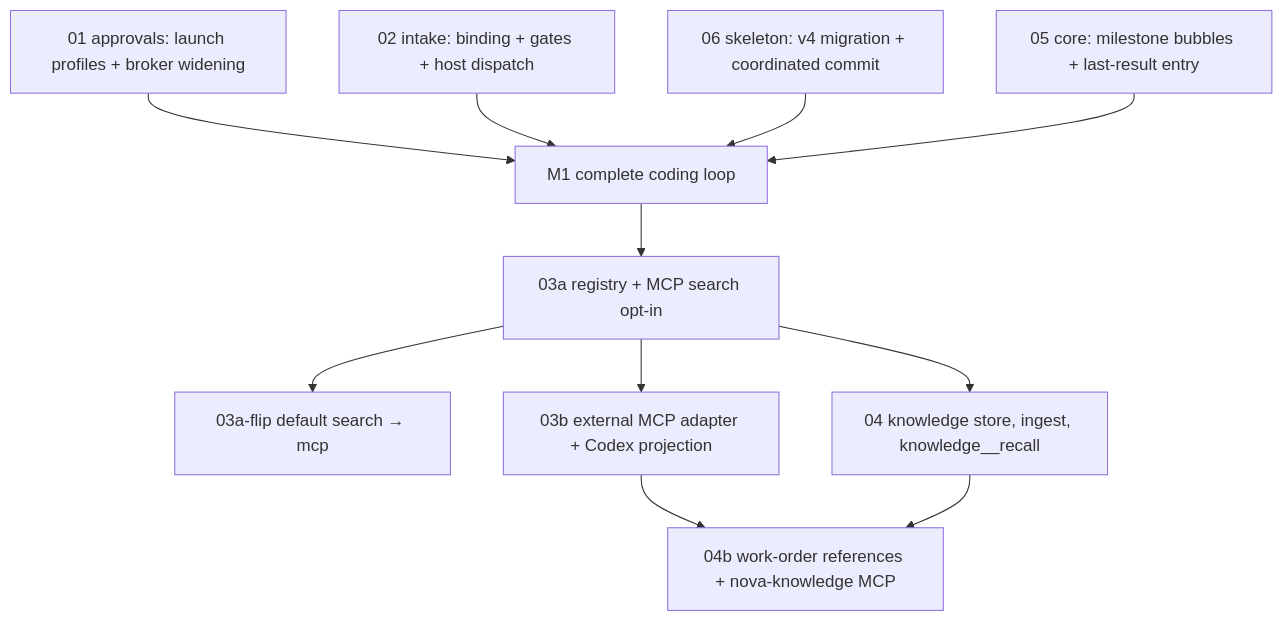
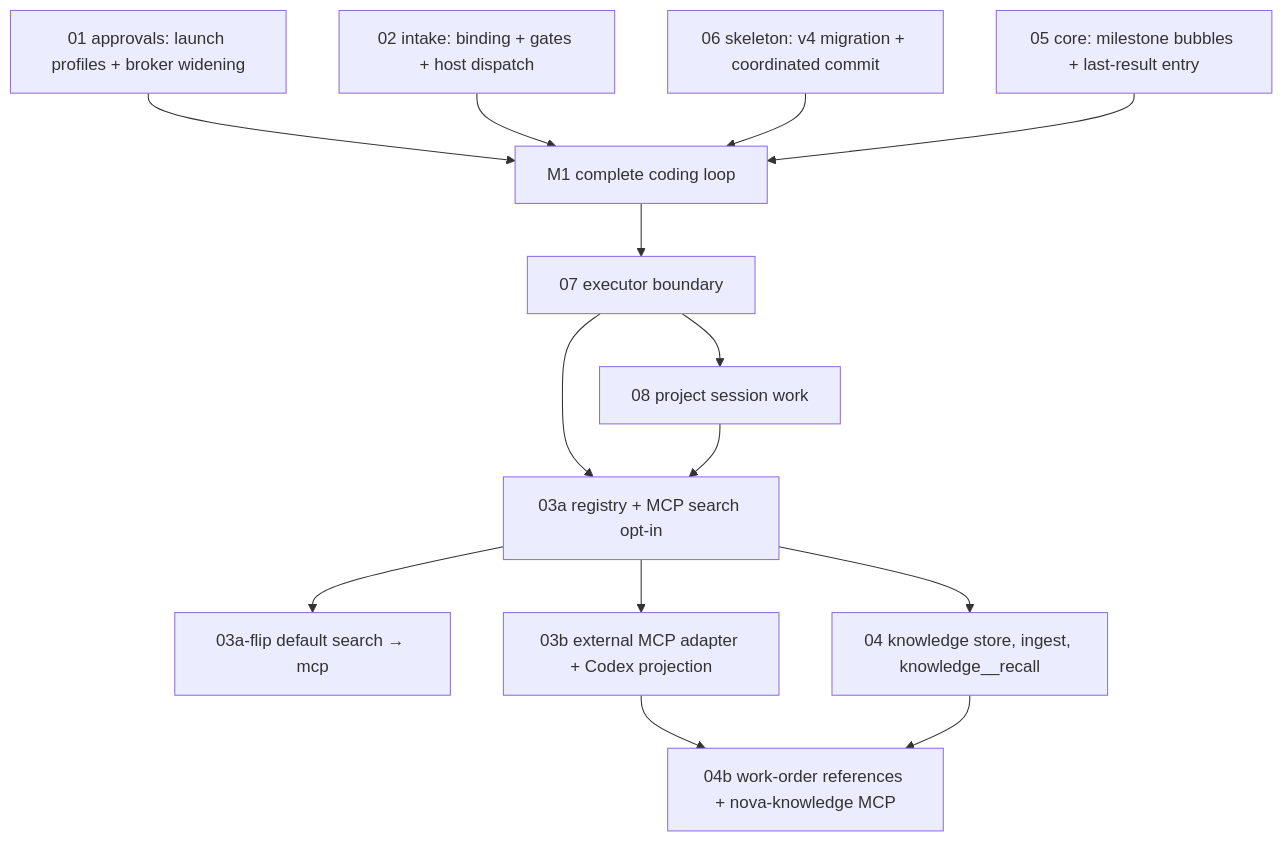
Before and after one commit to deepnovacore/NovaAudioAgent: the diagram in docs/specs/v0.2.0/00-overview.md, drawn with Mermaid. The commit also changed other lines of this file and 3 other files, not shown here.

Commit message:
docs(specs): add 07 executor boundary and 08 project/session/work; insert M1.5 before M2

````diff
--- a/docs/specs/v0.2.0/00-overview.md
+++ b/docs/specs/v0.2.0/00-overview.md
@@ -75,13 +77,16 @@
 ```mermaid
 flowchart TD
   A[01 approvals: launch profiles + broker widening] --> M1
   B[02 intake: binding + gates + host dispatch] --> M1
   S[06 skeleton: v4 migration + coordinated commit] --> M1
   E0[05 core: milestone bubbles + last-result entry] --> M1
-  M1[M1 complete coding loop] --> C1[03a registry + MCP search opt-in]
+  M1[M1 complete coding loop] --> X1[07 executor boundary]
+  X1 --> X2[08 project session work]
+  X1 --> C1[03a registry + MCP search opt-in]
+  X2 --> C1
   C1 --> C1f[03a-flip default search → mcp]
   C1 --> C2[03b external MCP adapter + Codex projection]
   C2 --> D2[04b work-order references + nova-knowledge MCP]
   D[04 knowledge store, ingest, knowledge__recall] --> D2
   C1 --> D
 ```
````
